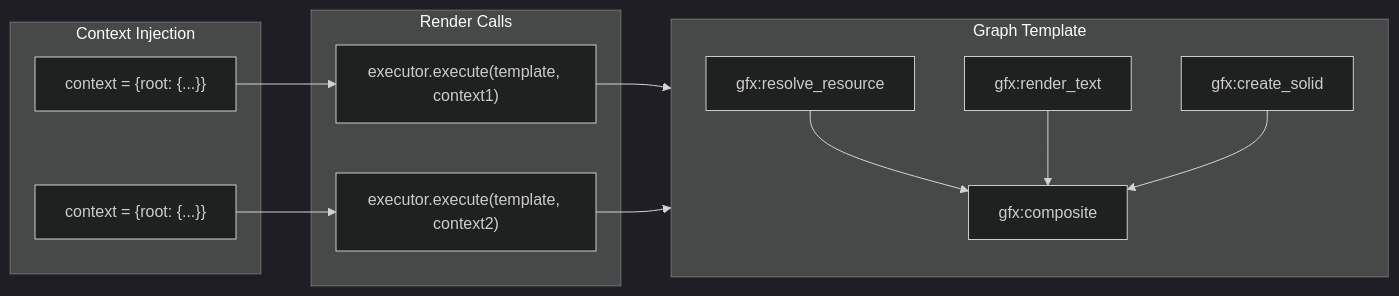
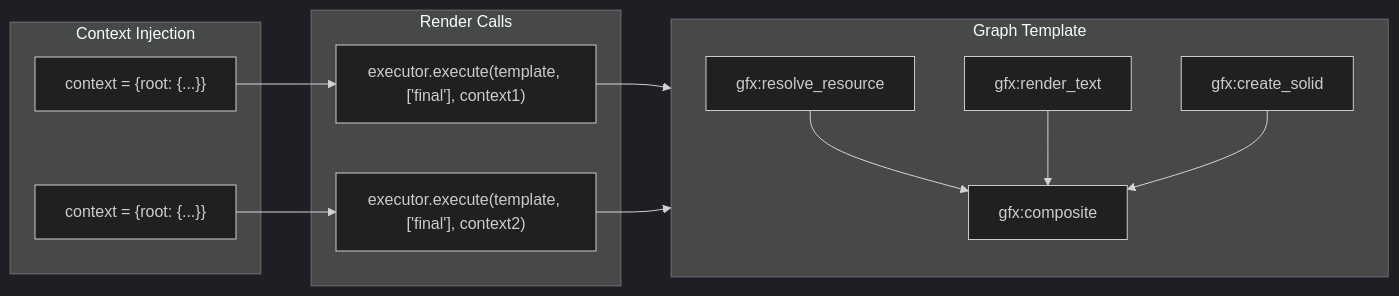
One commit to kws/invariant_gfx changed the diagram in docs/architecture.md. Above: the diagram before and after it, drawn with Mermaid (dark theme). The commit also changed other lines of this file and 20 other files, not shown here.

````diff
--- a/docs/architecture.md
+++ b/docs/architecture.md
@@ -593,28 +594,28 @@
 ```mermaid
 flowchart LR
     subgraph template [Graph Template]
         direction TB
         ICON["gfx:resolve_resource"]
         TEXT["gfx:render_text"]
         BG["gfx:create_solid"]
         COMP["gfx:composite"]
         ICON --> COMP
         TEXT --> COMP
         BG --> COMP
     end
     
     subgraph context [Context Injection]
         C1["context = {root: {...}}"]
         C2["context = {root: {...}}"]
     end
     
     subgraph render [Render Calls]
-        R1["executor.execute(template, context1)"]
-        R2["executor.execute(template, context2)"]
+        R1["executor.execute(template, ['final'], context1)"]
+        R2["executor.execute(template, ['final'], context2)"]
     end
     
     C1 --> R1
     C2 --> R2
     R1 --> template
     R2 --> template
 ```
````
